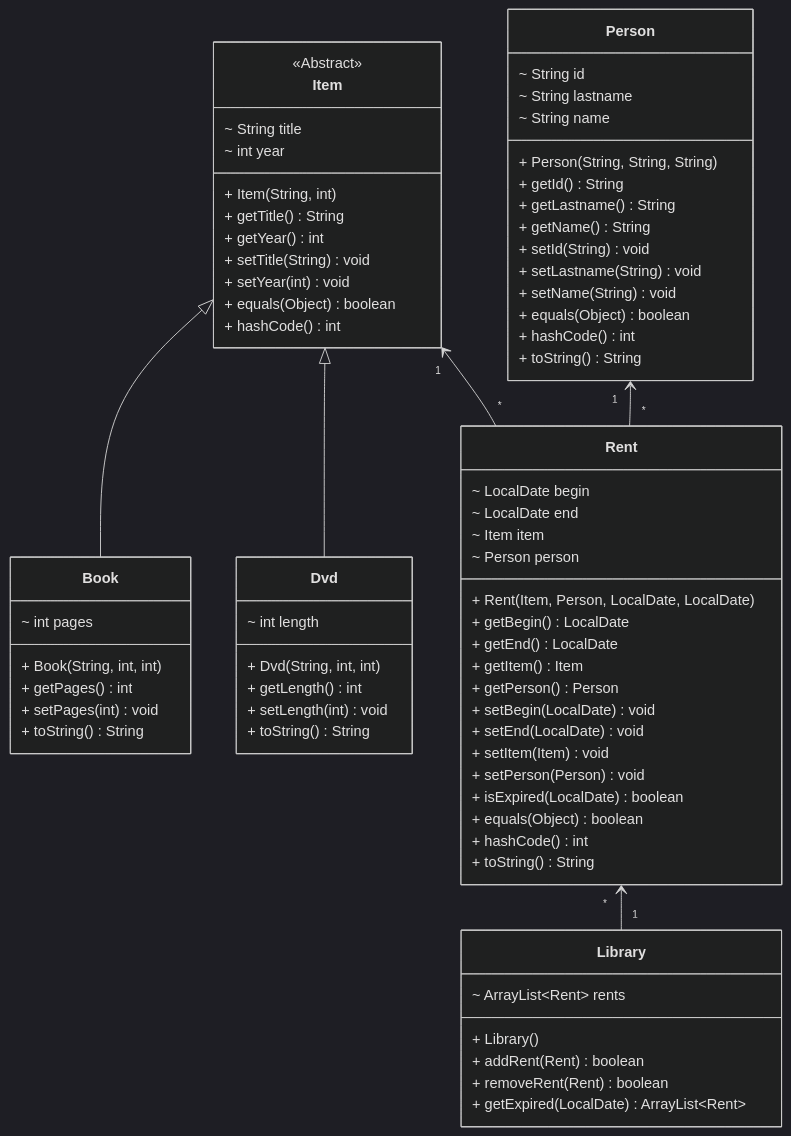
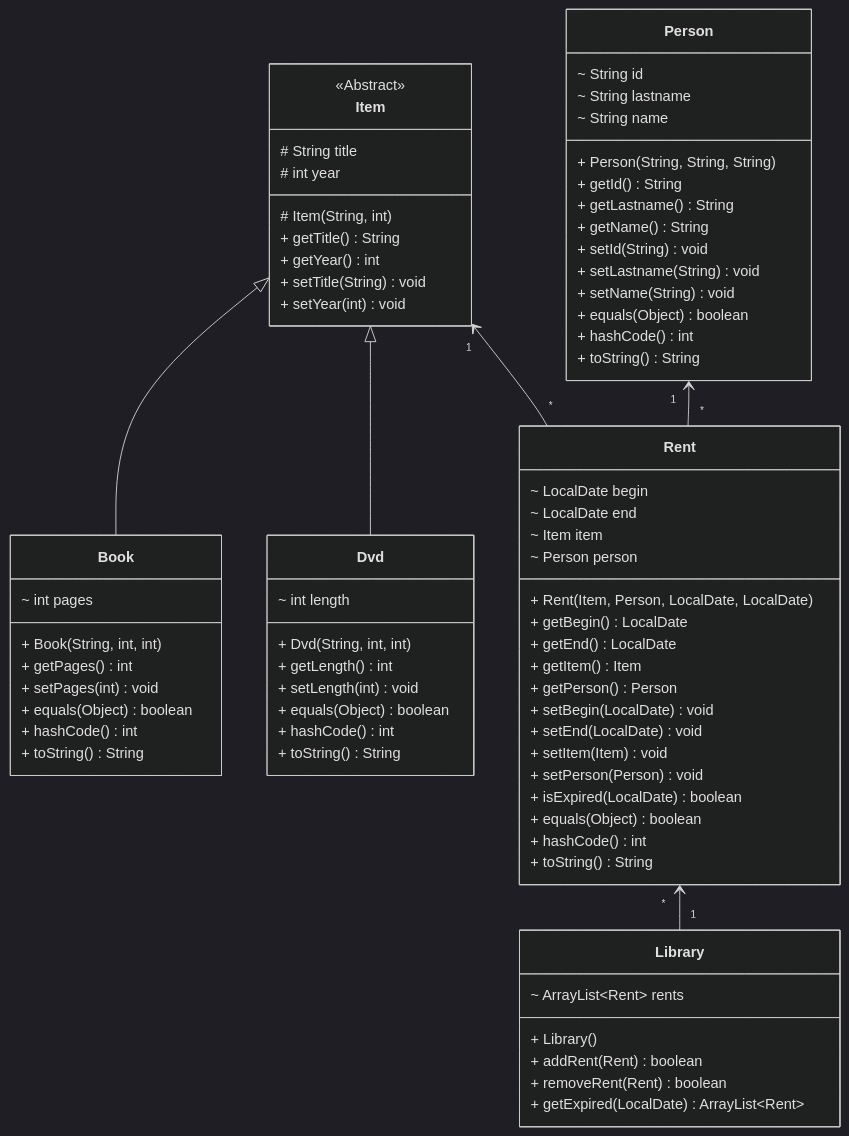
Diagram 13 of 13 in code/exercises/src/main/java/com/nbicocchi/exercises/oop/README.md (nbicocchi/learn-java-core), drawn with Mermaid (dark theme) before and after one commit. The commit also changed other lines of this file and 25 other files, not shown here.

````diff
--- a/code/exercises/src/main/java/com/nbicocchi/exercises/oop/README.md
+++ b/code/exercises/src/main/java/com/nbicocchi/exercises/oop/README.md
@@ -568,77 +567,79 @@
 ```mermaid
 classDiagram
 direction BT
 class Item {
     <<Abstract>>
-    ~ String title
-    ~ int year
-    + Item(String, int)
+    # String title
+    # int year
+    # Item(String, int)
     + getTitle() String
     + getYear() int
     + setTitle(String) void
     + setYear(int) void
-    + equals(Object) boolean
-    + hashCode() int
 }
 class Book {
     ~ int pages
     + Book(String, int, int)
     + getPages() int
     + setPages(int) void
+    + equals(Object) boolean
+    + hashCode() int
     + toString() String
 }
 class Dvd {
     ~ int length
     + Dvd(String, int, int)
     + getLength() int
     + setLength(int) void
+    + equals(Object) boolean
+    + hashCode() int
     + toString() String
 }
 class Person {
     ~ String id
     ~ String lastname
     ~ String name
     + Person(String, String, String)
     + getId() String
     + getLastname() String
     + getName() String
     + setId(String) void
     + setLastname(String) void
     + setName(String) void
     + equals(Object) boolean
     + hashCode() int
     + toString() String
 }
 class Rent {
     ~ LocalDate begin
     ~ LocalDate end
     ~ Item item
     ~ Person person
     + Rent(Item, Person, LocalDate, LocalDate)
     + getBegin() LocalDate
     + getEnd() LocalDate
     + getItem() Item
     + getPerson() Person
     + setBegin(LocalDate) void
     + setEnd(LocalDate) void
     + setItem(Item) void
     + setPerson(Person) void
     + isExpired(LocalDate) boolean
     + equals(Object) boolean
     + hashCode() int
     + toString() String
 }
 class Library {
     ~ ArrayList~Rent~ rents
     + Library()
     + addRent(Rent) boolean
     + removeRent(Rent) boolean
     + getExpired(LocalDate) ArrayList~Rent~
 }
 
 Book  --|>  Item
 Dvd  --|>  Item
 Rent "*" --> "1" Person
 Rent "*" --> "1" Item
 Library "1" --> "*" Rent
 ```
````
